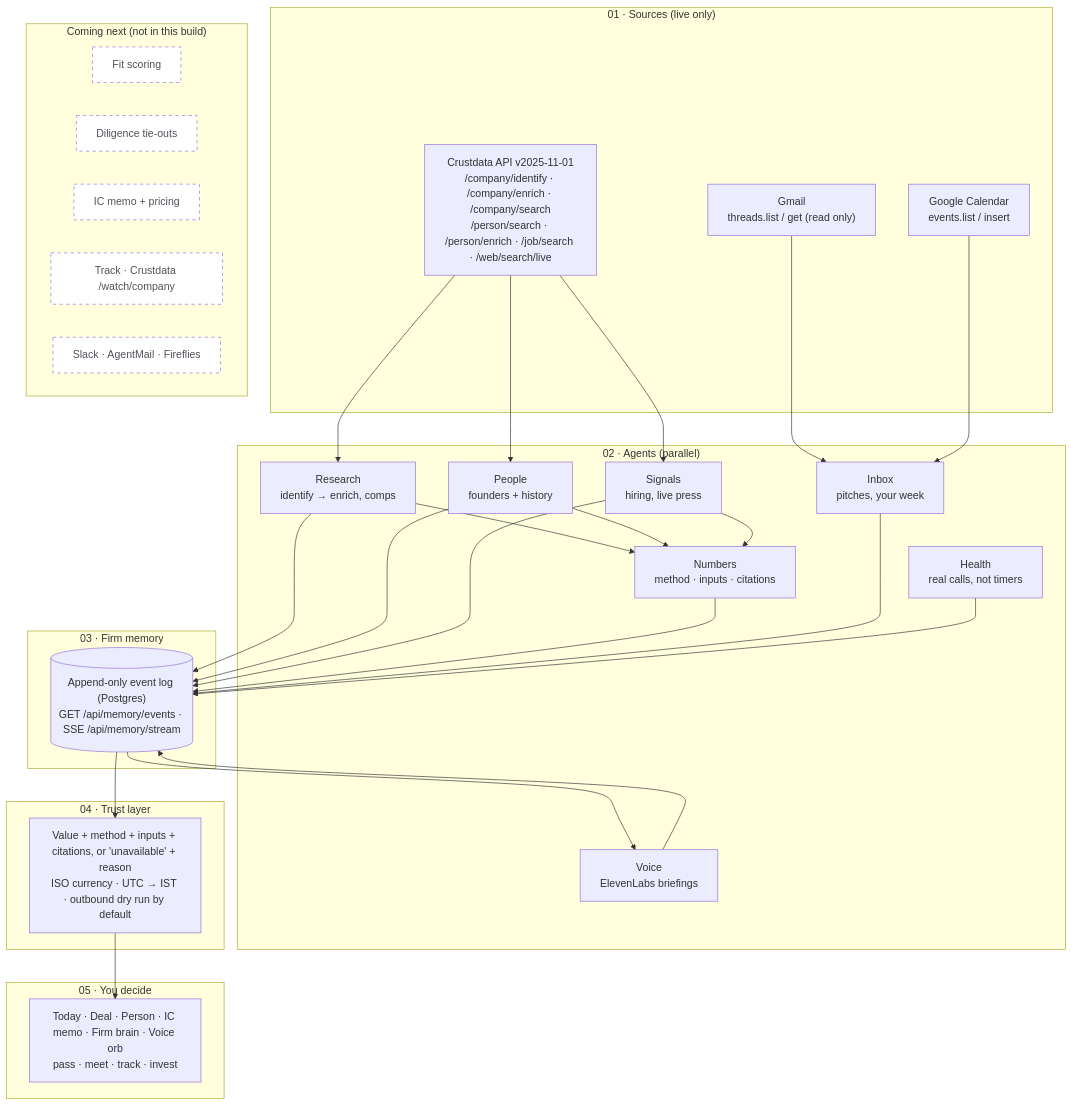
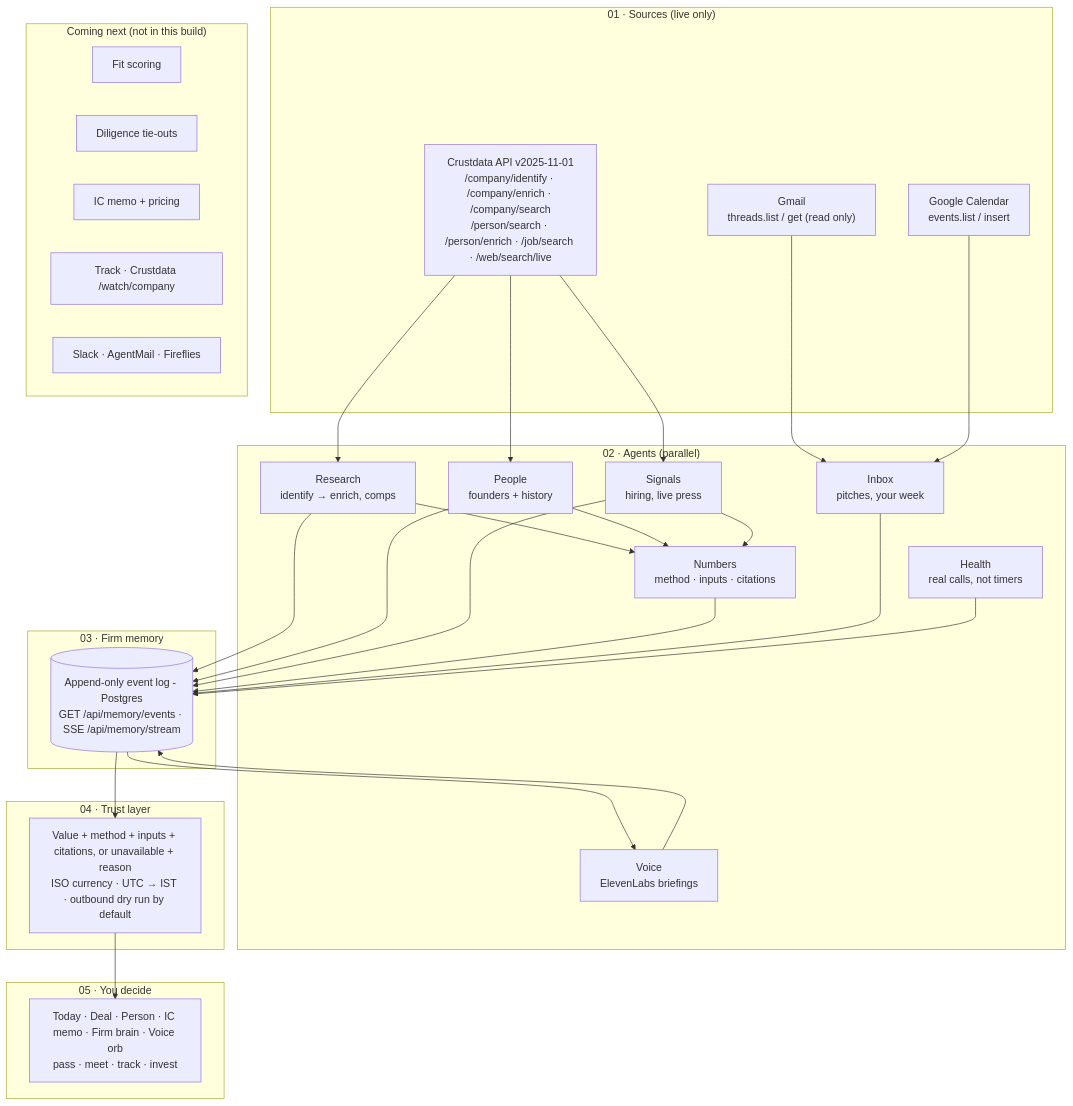
The diagram in README.md (saurabh4269/contextcon-ventureos), drawn with Mermaid before and after one commit.

Commit message:
docs: fix README diagram so GitHub renders it

````diff
--- a/README.md
+++ b/README.md
@@ -140,41 +140,51 @@
 ```mermaid
 flowchart TB
-  subgraph S["01 · Sources (live only)"]
+  subgraph SRC["01 · Sources (live only)"]
     CD["Crustdata API v2025-11-01<br/>/company/identify · /company/enrich · /company/search<br/>/person/search · /person/enrich · /job/search · /web/search/live"]
     GM["Gmail<br/>threads.list / get (read only)"]
     GC["Google Calendar<br/>events.list / insert"]
   end
-  subgraph A["02 · Agents (parallel)"]
+  subgraph AG["02 · Agents (parallel)"]
     R["Research<br/>identify → enrich, comps"]
     P["People<br/>founders + history"]
     SG["Signals<br/>hiring, live press"]
     N["Numbers<br/>method · inputs · citations"]
     I["Inbox<br/>pitches, your week"]
     V["Voice<br/>ElevenLabs briefings"]
     H["Health<br/>real calls, not timers"]
   end
-  subgraph M["03 · Firm memory"]
-    MEM[("Append-only event log (Postgres)<br/>GET /api/memory/events · SSE /api/memory/stream")]
+  subgraph FM["03 · Firm memory"]
+    MEM[("Append-only event log - Postgres<br/>GET /api/memory/events · SSE /api/memory/stream")]
   end
-  subgraph T["04 · Trust layer"]
-    TR["Value + method + inputs + citations, or 'unavailable' + reason<br/>ISO currency · UTC → IST · outbound dry run by default"]
+  subgraph TL["04 · Trust layer"]
+    TR["Value + method + inputs + citations, or unavailable + reason<br/>ISO currency · UTC → IST · outbound dry run by default"]
   end
-  subgraph Y["05 · You decide"]
+  subgraph YD["05 · You decide"]
     U["Today · Deal · Person · IC memo · Firm brain · Voice orb<br/>pass · meet · track · invest"]
   end
   subgraph NX["Coming next (not in this build)"]
-    F["Fit scoring"]:::next
-    D["Diligence tie-outs"]:::next
-    IC["IC memo + pricing"]:::next
-    TK["Track · Crustdata /watch/company"]:::next
-    OB["Slack · AgentMail · Fireflies"]:::next
+    F["Fit scoring"]
+    D["Diligence tie-outs"]
+    IC["IC memo + pricing"]
+    TK["Track · Crustdata /watch/company"]
+    OB["Slack · AgentMail · Fireflies"]
   end
-  CD --> R & P & SG
+  CD --> R
+  CD --> P
+  CD --> SG
   GM --> I
   GC --> I
-  R & P & SG --> N
-  R & P & SG & N & I & V & H --> MEM
+  R --> N
+  P --> N
+  SG --> N
+  R --> MEM
+  P --> MEM
+  SG --> MEM
+  N --> MEM
+  I --> MEM
+  V --> MEM
+  H --> MEM
   MEM --> V
-  MEM --> TR --> U
-  classDef next stroke-dasharray: 5 5,fill:#fff,color:#52525b
+  MEM --> TR
+  TR --> U
 ```
````
